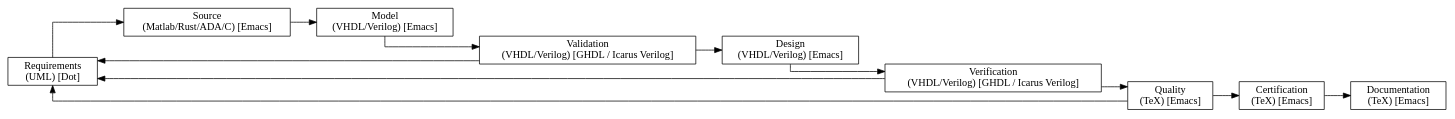
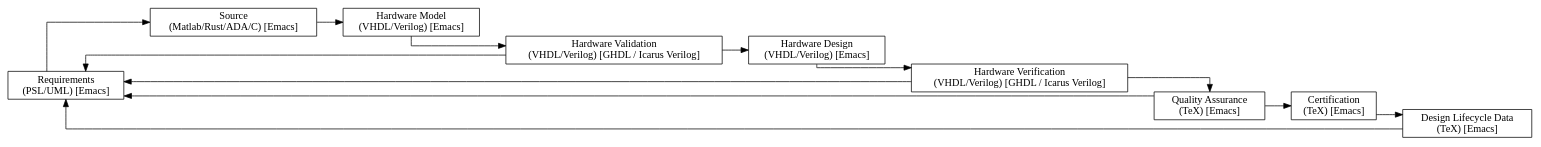
Before and after one commit to PacoReinaCampo/MPSoC-OR1K: the diagram in doc/devops/assets/chapter1/hardware-project.dot, drawn with Graphviz. The commit also changed 2449 other files, not shown here.

```diff
--- a/doc/devops/assets/chapter1/hardware-project.dot
+++ b/doc/devops/assets/chapter1/hardware-project.dot
@@ -1,31 +1,32 @@
 digraph Project {
   // Introduction
   graph [rankdir = LR, splines=ortho];
   node[shape=record];
 
   // Blocks
-  Requirements[label="Requirements \n(UML) [Dot]"];
+  Requirements[label="Requirements \n(PSL/UML) [Emacs]"];
   Source[label="Source \n(Matlab/Rust/ADA/C) [Emacs]"];
-  Model[label="Model \n(VHDL/Verilog) [Emacs]"];
-  Validation[label="Validation \n(VHDL/Verilog) [GHDL / Icarus Verilog]"];
-  Design[label="Design \n(VHDL/Verilog) [Emacs]"];
-  Verification[label="Verification \n(VHDL/Verilog) [GHDL / Icarus Verilog]"];
-  Quality[label="Quality \n(TeX) [Emacs]"];
+  Model[label="Hardware Model \n(VHDL/Verilog) [Emacs]"];
+  Validation[label="Hardware Validation \n(VHDL/Verilog) [GHDL / Icarus Verilog]"];
+  Design[label="Hardware Design \n(VHDL/Verilog) [Emacs]"];
+  Verification[label="Hardware Verification \n(VHDL/Verilog) [GHDL / Icarus Verilog]"];
+  Quality[label="Quality Assurance \n(TeX) [Emacs]"];
   Certification[label="Certification \n(TeX) [Emacs]"];
-  Documentation[label="Documentation \n(TeX) [Emacs]"];
+  Lifecycle[label="Design Lifecycle Data \n(TeX) [Emacs]"];
 
   // Sequence
   Requirements -> Source;
   Source -> Model;
   Model -> Validation;
   Validation -> Design;
   Design -> Verification;
   Verification -> Quality;
   Quality -> Certification;
-  Certification -> Documentation;
+  Certification -> Lifecycle;
+  Lifecycle -> Requirements;
 
   // Feedback
   Validation -> Requirements;
   Verification -> Requirements;
   Quality -> Requirements;
 }
```
